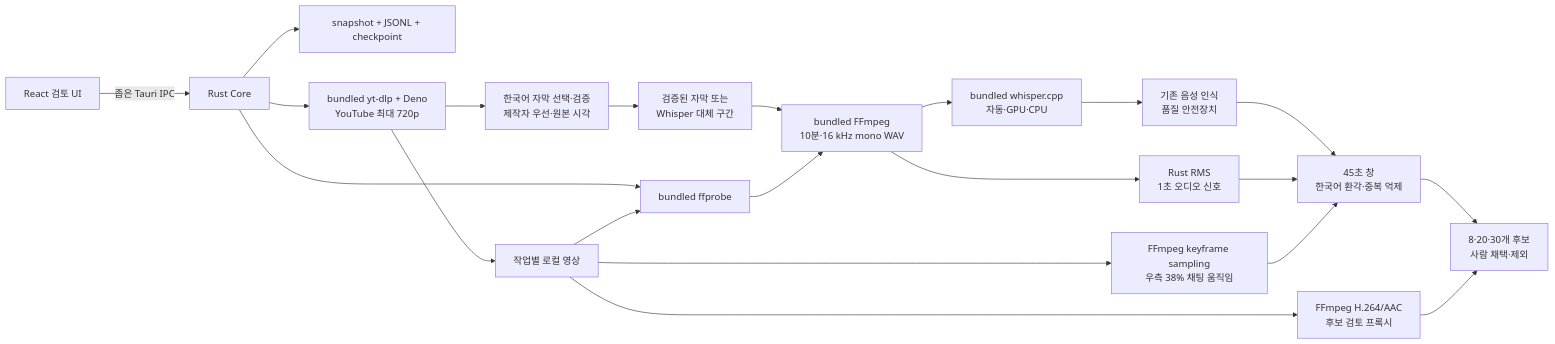
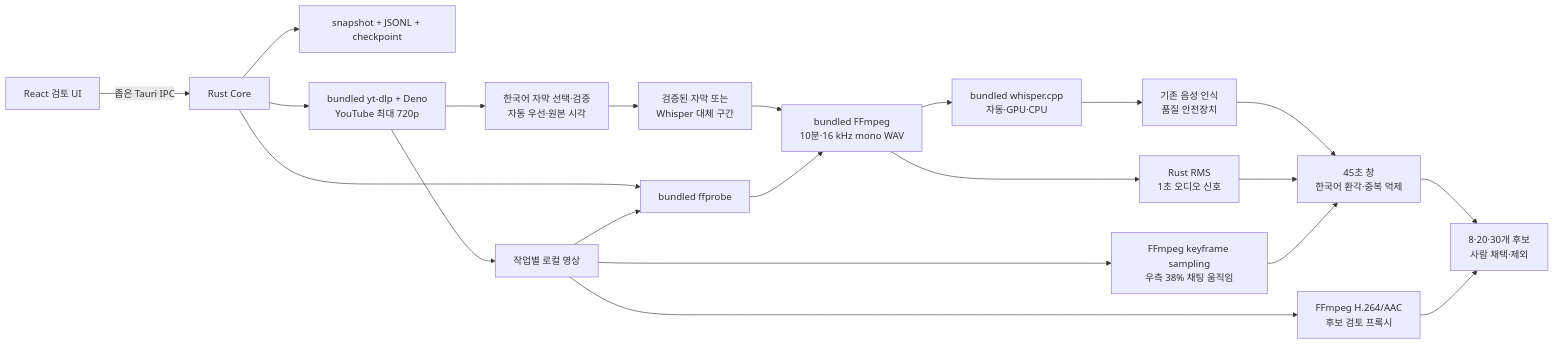
The first of 3 diagrams in docs/ARCHITECTURE.md (hangokudao/vod-scout), drawn with Mermaid before and after one commit. The commit also changed other lines of this file and 48 other files, not shown here.

````diff
--- a/docs/ARCHITECTURE.md
+++ b/docs/ARCHITECTURE.md
@@ -5,23 +7,23 @@
 ```mermaid
 flowchart LR
     UI["React 검토 UI"] -->|"좁은 Tauri IPC"| CORE["Rust Core"]
     CORE --> STORE["snapshot + JSONL + checkpoint"]
     CORE --> YTDLP["bundled yt-dlp + Deno\nYouTube 최대 720p"]
     YTDLP --> LOCAL["작업별 로컬 영상"]
-    YTDLP --> CAPTION["한국어 자막 선택·검증\n제작자 우선·원본 시각"]
+    YTDLP --> CAPTION["한국어 자막 선택·검증\n자동 우선·원본 시각"]
     CAPTION --> PREFLIGHT["검증된 자막 또는\nWhisper 대체 구간"]
     CORE --> PROBE["bundled ffprobe"]
     LOCAL --> PROBE
     PREFLIGHT --> CHUNKS
     PROBE --> CHUNKS["bundled FFmpeg\n10분·16 kHz mono WAV"]
     CHUNKS --> WHISPER["bundled whisper.cpp\n자동·GPU·CPU"]
     CHUNKS --> RMS["Rust RMS\n1초 오디오 신호"]
     LOCAL --> CHAT["FFmpeg keyframe sampling\n우측 38% 채팅 움직임"]
     WHISPER --> SAFETY["기존 음성 인식\n품질 안전장치"]
     SAFETY --> RULES["45초 창\n한국어 환각·중복 억제"]
     RMS --> RULES
     CHAT --> RULES
     RULES --> REVIEW["8·20·30개 후보\n사람 채택·제외"]
     LOCAL --> PROXY["FFmpeg H.264/AAC\n후보 검토 프록시"]
     PROXY --> REVIEW
 ```
````
